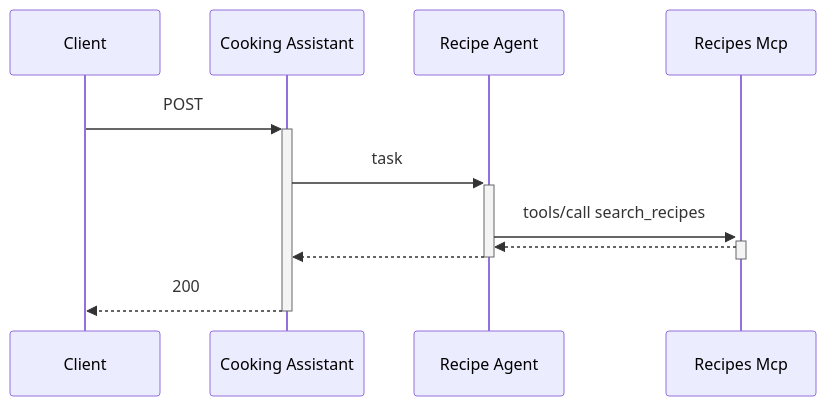
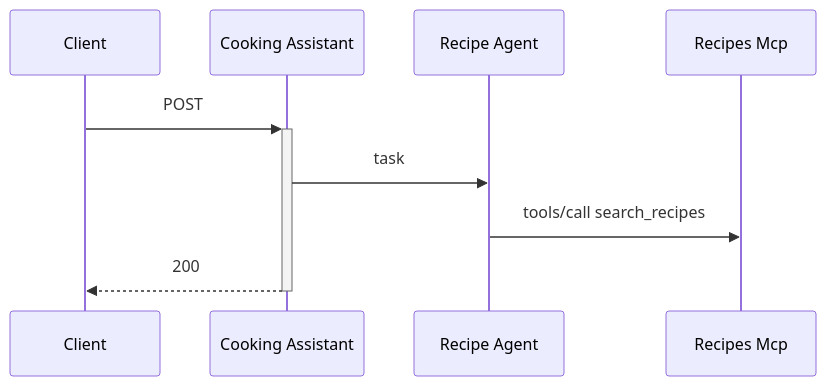
Before and after one commit to th3n3rd/agents-playground: the diagram in docs/scenarios/provides-all-recipes-for-a-carbonara.md, drawn with Mermaid. The commit also changed 2 other files, not shown here.

Commit message:
trace local interactions differently

````diff
--- a/docs/scenarios/provides-all-recipes-for-a-carbonara.md
+++ b/docs/scenarios/provides-all-recipes-for-a-carbonara.md
@@ -3,14 +3,12 @@
 ```mermaid    
 sequenceDiagram
     client->>+cooking-assistant: POST 
-    cooking-assistant->>+recipe-agent: task
-    recipe-agent->>+recipes-mcp: tools/call search_recipes
-    recipes-mcp-->>-recipe-agent: 
-    recipe-agent-->>-cooking-assistant: 
+    cooking-assistant->>recipe-agent: task
+    recipe-agent->>recipes-mcp: tools/call search_recipes
     cooking-assistant-->>-client: 200
     participant client as Client
     participant cooking-assistant as Cooking Assistant
     participant recipe-agent as Recipe Agent
     participant recipes-mcp as Recipes Mcp
 
 ```
````
